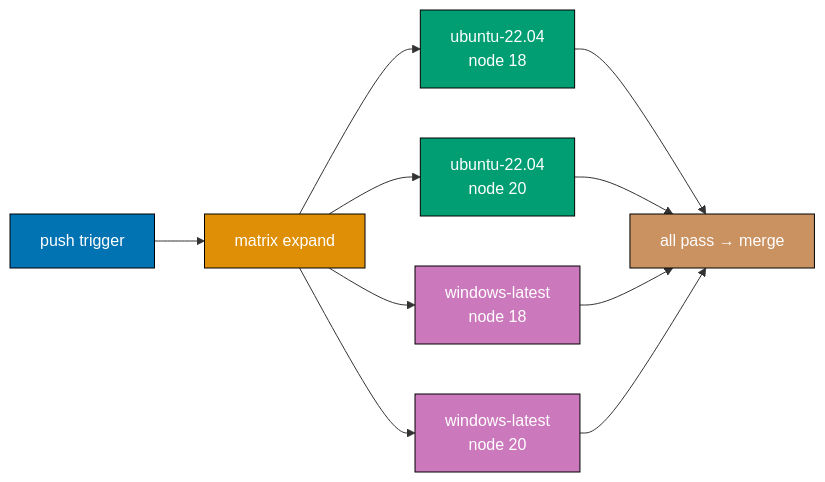
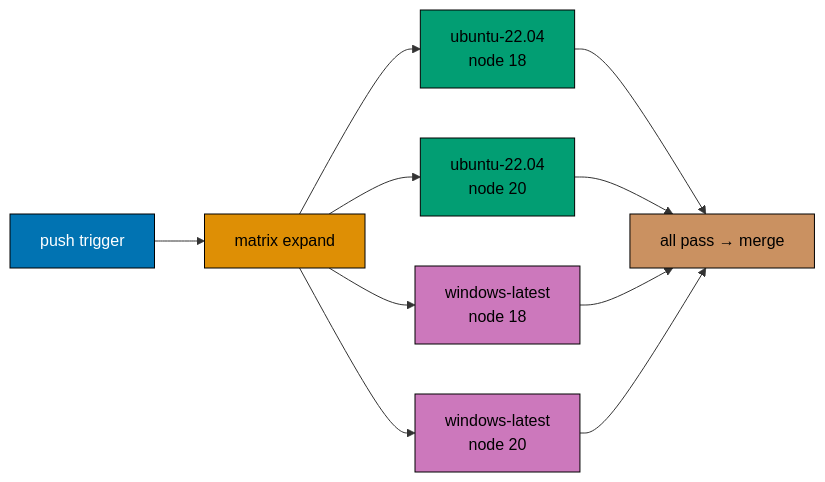
One commit to wahidyankf/ose-public changed the second of 9 diagrams in apps/ayokoding-www/content/en/learn/legacy/software-engineering/automation-tools/github-actions/by-example/intermediate.md. Above: the diagram before and after it, drawn with Mermaid. The commit also changed other lines of this file and 131 other files, not shown here.

First line of the commit message:
fix(mermaid): bring the legacy data, infrastructure, and testing diagrams onto the accessible palette

````diff
--- a/apps/ayokoding-www/content/en/learn/legacy/software-engineering/automation-tools/github-actions/by-example/intermediate.md
+++ b/apps/ayokoding-www/content/en/learn/legacy/software-engineering/automation-tools/github-actions/by-example/intermediate.md
@@ -148,21 +155,29 @@
 ```mermaid
 %% Color Palette: Blue #0173B2, Orange #DE8F05, Teal #029E73, Purple #CC78BC, Brown #CA9161
 graph LR
+    accTitle: Example 31: strategy.matrix for Cross-Platform Builds
+    accDescr: Graph with 7 nodes and 9 connections. Nodes: push trigger, matrix expand, ubuntu-22.04 node 18, ubuntu-22.04 node 20, windows-latest node 18, windows-latest node 20, all pass → merge. Connections: push trigger to matrix expand, matrix expand to ubuntu-22.04 node 18, matrix expand to ubuntu-22.04 node 20, matrix expand to windows-latest node 18, matrix expand to windows-latest node 20, ubuntu-22.04 node 18 to all pass → merge, ubuntu-22.04 node 20 to all pass → merge, windows-latest node 18 to all pass → merge, windows-latest node 20 to all pass → merge.
     TRIGGER["push trigger"] --> MATRIX["matrix expand"]
     MATRIX --> J1["ubuntu-22.04<br/>node 18"]
     MATRIX --> J2["ubuntu-22.04<br/>node 20"]
     MATRIX --> J3["windows-latest<br/>node 18"]
     MATRIX --> J4["windows-latest<br/>node 20"]
     J1 --> DONE["all pass → merge"]
     J2 --> DONE
     J3 --> DONE
     J4 --> DONE
 
-    style TRIGGER fill:#0173B2,stroke:#000,color:#fff
-    style MATRIX fill:#DE8F05,stroke:#000,color:#fff
-    style J1 fill:#029E73,stroke:#000,color:#fff
-    style J2 fill:#029E73,stroke:#000,color:#fff
-    style J3 fill:#CC78BC,stroke:#000,color:#fff
-    style J4 fill:#CC78BC,stroke:#000,color:#fff
-    style DONE fill:#CA9161,stroke:#000,color:#fff
+    classDef pal-0173B2 fill:#0173B2,stroke:#000000,color:#FFFFFF
+    class TRIGGER pal-0173B2
+    classDef pal-DE8F05 fill:#DE8F05,stroke:#000000,color:#000000
+    class MATRIX pal-DE8F05
+    classDef pal-029E73 fill:#029E73,stroke:#000000,color:#000000
+    class J1 pal-029E73
+    class J2 pal-029E73
+    classDef pal-CC78BC fill:#CC78BC,stroke:#000000,color:#000000
+    class J3 pal-CC78BC
+    class J4 pal-CC78BC
+    classDef pal-CA9161 fill:#CA9161,stroke:#000000,color:#000000
+    class DONE pal-CA9161
+    classDef default fill:#FFFFFF,stroke:#000000,color:#000000
 ```
````
